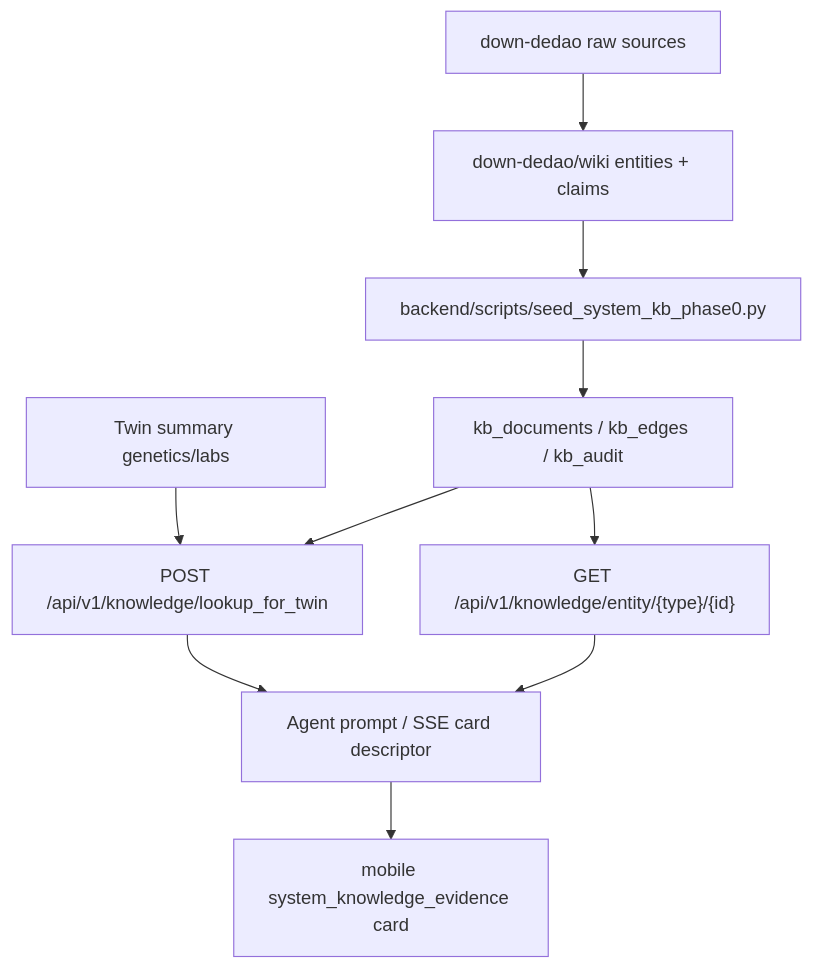
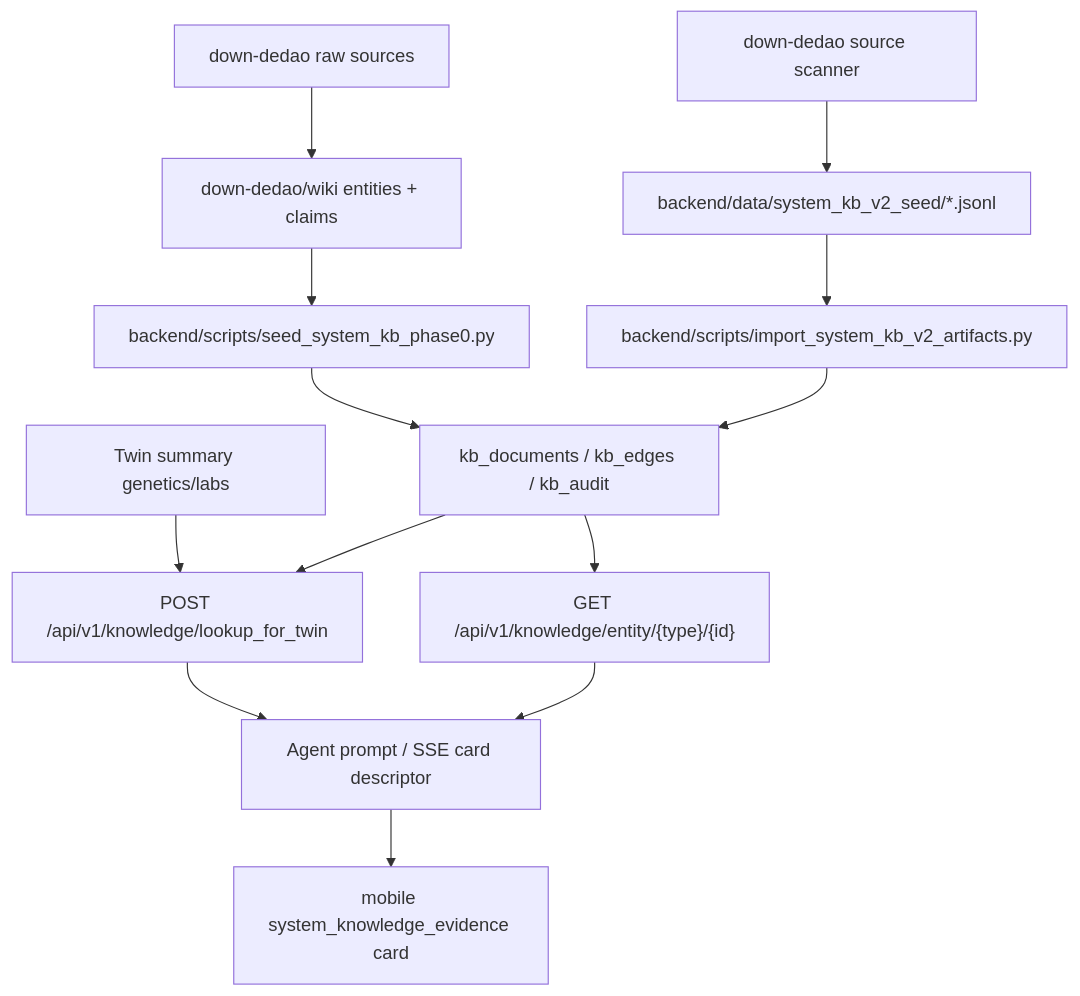
One commit to itsoso/health-llm-driven changed the first of 2 diagrams in docs/architecture/system-knowledge-kb-phase0.md. Above: the diagram before and after it, drawn with Mermaid. The commit also changed other lines of this file and 13 other files, not shown here.

Commit message:
feat(knowledge): expand system kb v2 artifacts

````diff
--- a/docs/architecture/system-knowledge-kb-phase0.md
+++ b/docs/architecture/system-knowledge-kb-phase0.md
@@ -13,12 +13,15 @@
 ```mermaid
 flowchart TD
   Raw["down-dedao raw sources"] --> Wiki["down-dedao/wiki entities + claims"]
   Wiki --> Seed["backend/scripts/seed_system_kb_phase0.py"]
+  RawScan["down-dedao source scanner"] --> Artifact["backend/data/system_kb_v2_seed/*.jsonl"]
+  Artifact --> Importer["backend/scripts/import_system_kb_v2_artifacts.py"]
   Seed --> DB["kb_documents / kb_edges / kb_audit"]
+  Importer --> DB
   Twin["Twin summary genetics/labs"] --> Lookup["POST /api/v1/knowledge/lookup_for_twin"]
   DB --> Lookup
   DB --> Entity["GET /api/v1/knowledge/entity/{type}/{id}"]
   Lookup --> Agent["Agent prompt / SSE card descriptor"]
   Entity --> Agent
   Agent --> Mobile["mobile system_knowledge_evidence card"]
 ```
````
